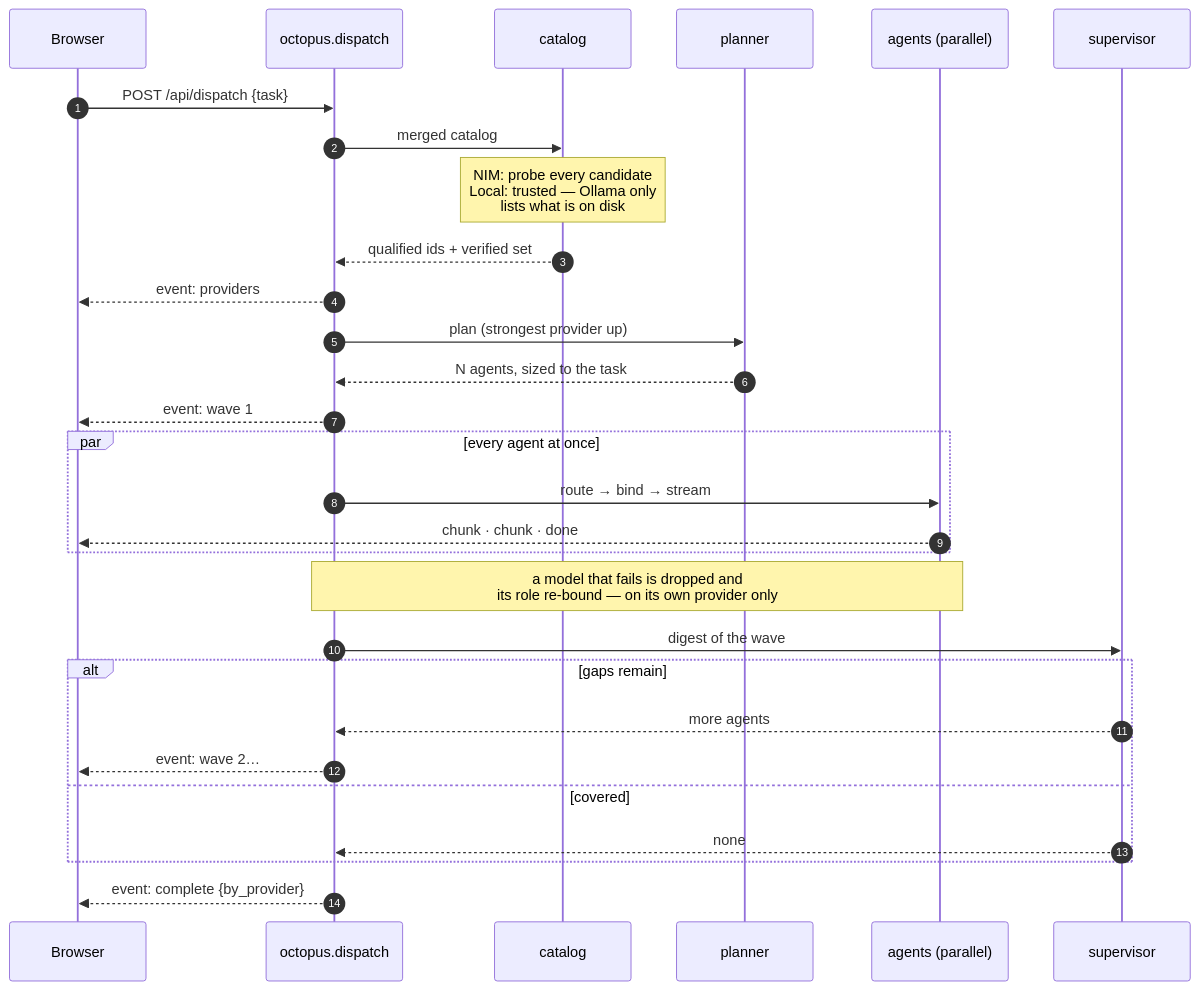
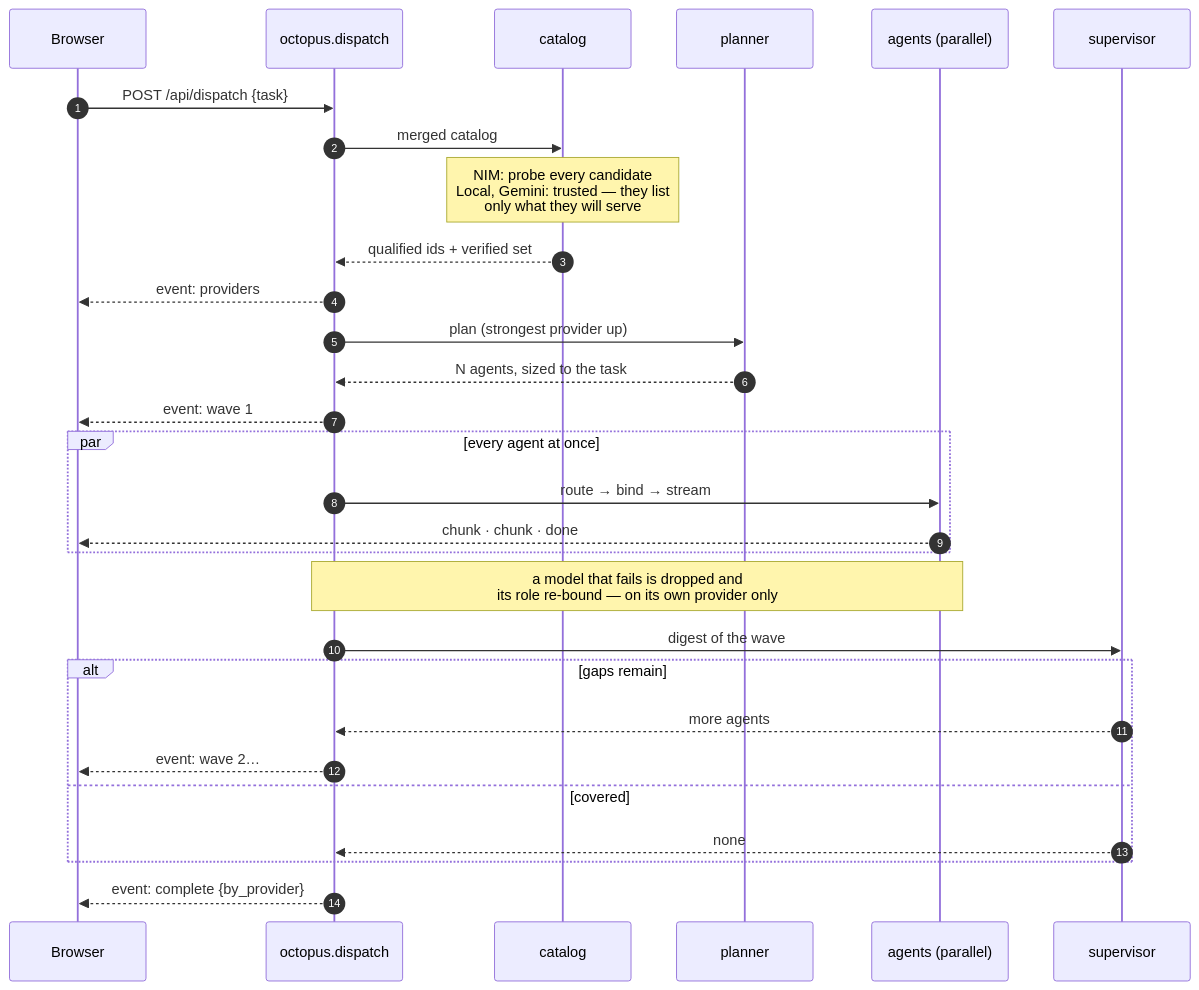
One commit to Bablu-singh/octopus-nim changed the third of 3 diagrams in docs/ARCHITECTURE.md. Above: the diagram before and after it, drawn with Mermaid. The commit also changed other lines of this file and 8 other files, not shown here.

````diff
--- a/docs/ARCHITECTURE.md
+++ b/docs/ARCHITECTURE.md
@@ -106,36 +112,36 @@
 ```mermaid
 sequenceDiagram
     autonumber
     participant U as Browser
     participant O as octopus.dispatch
     participant C as catalog
     participant P as planner
     participant A as agents (parallel)
     participant S as supervisor
 
     U->>O: POST /api/dispatch {task}
     O->>C: merged catalog
-    Note over C: NIM: probe every candidate<br/>Local: trusted — Ollama only<br/>lists what is on disk
+    Note over C: NIM: probe every candidate<br/>Local, Gemini: trusted — they list<br/>only what they will serve
     C-->>O: qualified ids + verified set
     O-->>U: event: providers
 
     O->>P: plan (strongest provider up)
     P-->>O: N agents, sized to the task
     O-->>U: event: wave 1
 
     par every agent at once
         O->>A: route → bind → stream
         A-->>U: chunk · chunk · done
     end
 
     Note over O,A: a model that fails is dropped and<br/>its role re-bound — on its own provider only
 
     O->>S: digest of the wave
     alt gaps remain
         S-->>O: more agents
         O-->>U: event: wave 2…
     else covered
         S-->>O: none
     end
     O-->>U: event: complete {by_provider}
 ```
````
